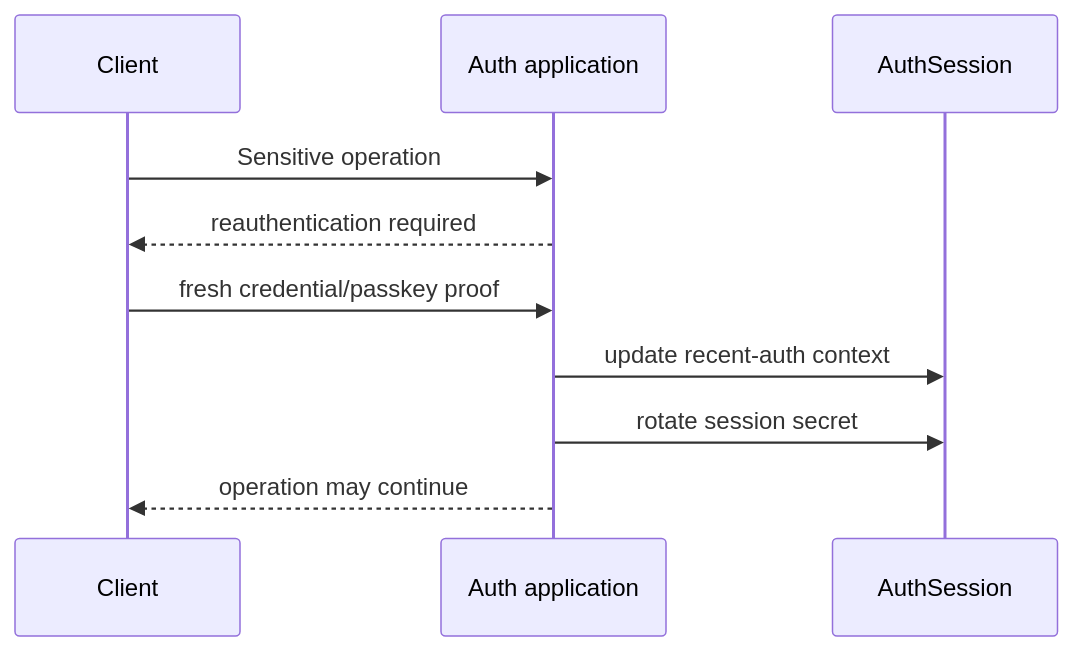
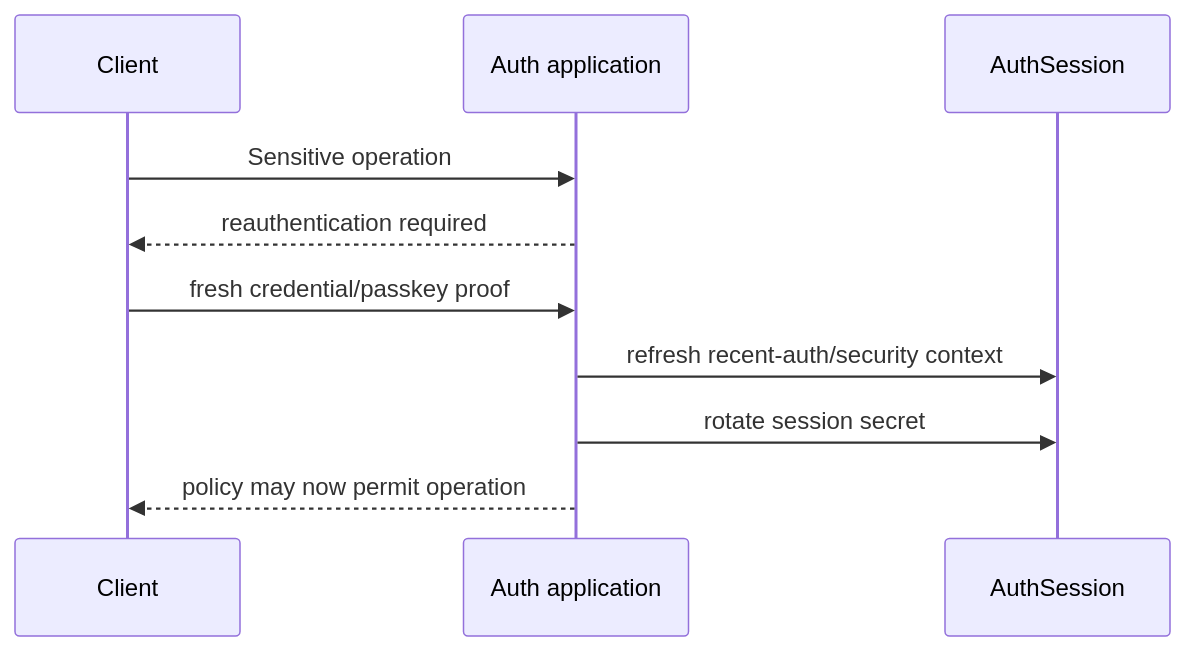
The sixth of 12 diagrams in docs/architecture/access-auth-architecture.md (MattiaRubino/dante), drawn with Mermaid before and after one commit. The commit also changed other lines of this file, not shown here.

Commit message:
docs(auth): close M2 architecture contract

````diff
--- a/docs/architecture/access-auth-architecture.md
+++ b/docs/architecture/access-auth-architecture.md
@@ -297,12 +297,12 @@
 ```mermaid
 sequenceDiagram
     participant C as Client
     participant A as Auth application
     participant S as AuthSession
     C->>A: Sensitive operation
     A-->>C: reauthentication required
     C->>A: fresh credential/passkey proof
-    A->>S: update recent-auth context
+    A->>S: refresh recent-auth/security context
     A->>S: rotate session secret
-    A-->>C: operation may continue
+    A-->>C: policy may now permit operation
 ```
````
